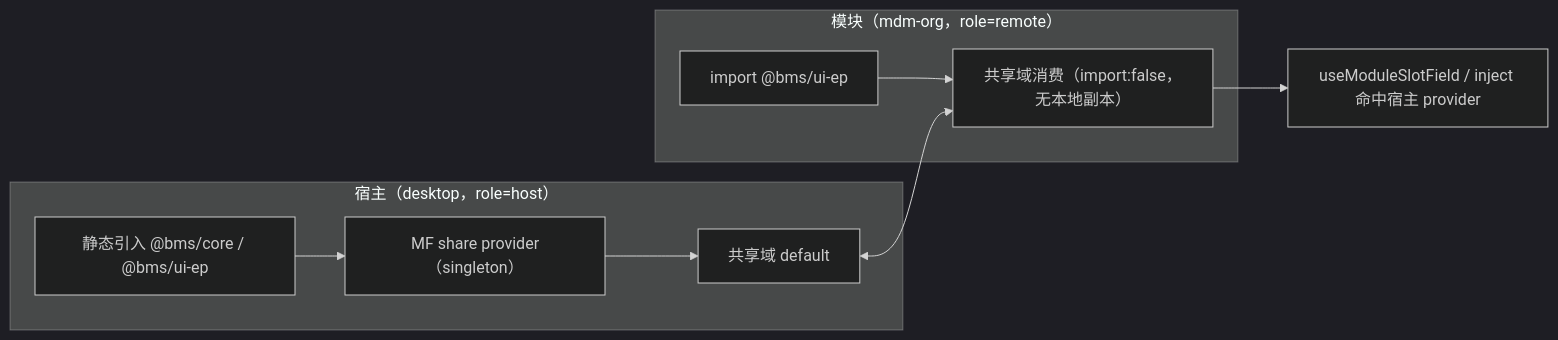
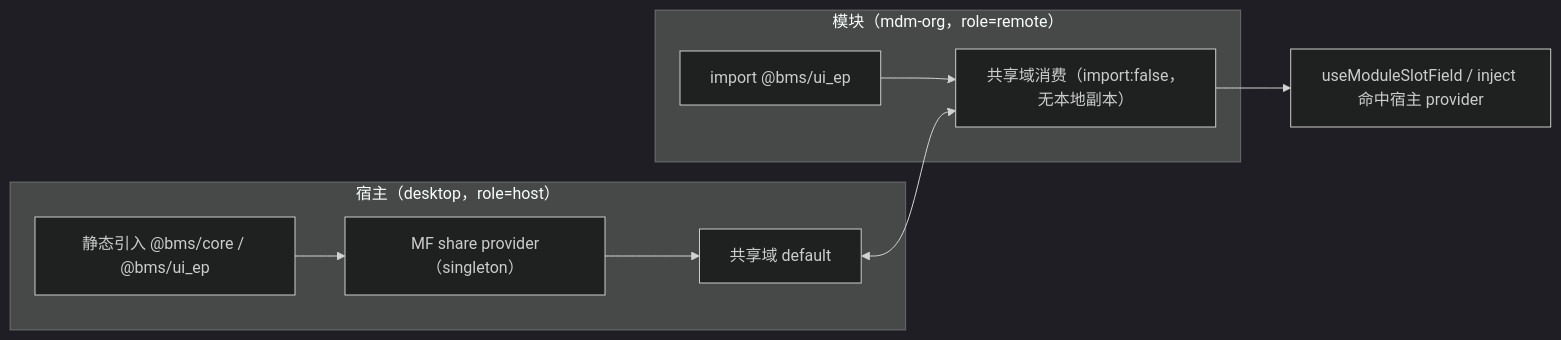
Before and after one commit to minjian123/basic-management-system: the diagram in bms文档/项目/05_前端插件化/任务/02_运行时加载/02_运行时加载_03_基座包发布版本化与共享域化/设计/01_详细设计_03_基座包发布版本化与共享域化.md, drawn with Mermaid (dark theme). The commit also changed other lines of this file and 919 other files, not shown here.

````diff
--- a/bms文档/项目/05_前端插件化/任务/02_运行时加载/02_运行时加载_03_基座包发布版本化与共享域化/设计/01_详细设计_03_基座包发布版本化与共享域化.md
+++ b/bms文档/项目/05_前端插件化/任务/02_运行时加载/02_运行时加载_03_基座包发布版本化与共享域化/设计/01_详细设计_03_基座包发布版本化与共享域化.md
@@ -22,12 +22,12 @@
 ```mermaid
 flowchart LR
   subgraph host["宿主（desktop，role=host）"]
-    H1["静态引入 @bms/core / @bms/ui-ep"] --> H2["MF share provider（singleton）"]
+    H1["静态引入 @bms/core / @bms/ui_ep"] --> H2["MF share provider（singleton）"]
     H2 --> H3["共享域 default"]
   end
   subgraph mod["模块（mdm-org，role=remote）"]
-    D1["import @bms/ui-ep"] --> D2["共享域消费（import:false，无本地副本）"]
+    D1["import @bms/ui_ep"] --> D2["共享域消费（import:false，无本地副本）"]
   end
   H3 <--> D2
   D2 --> D3["useModuleSlotField / inject 命中宿主 provider"]
 ```
````
